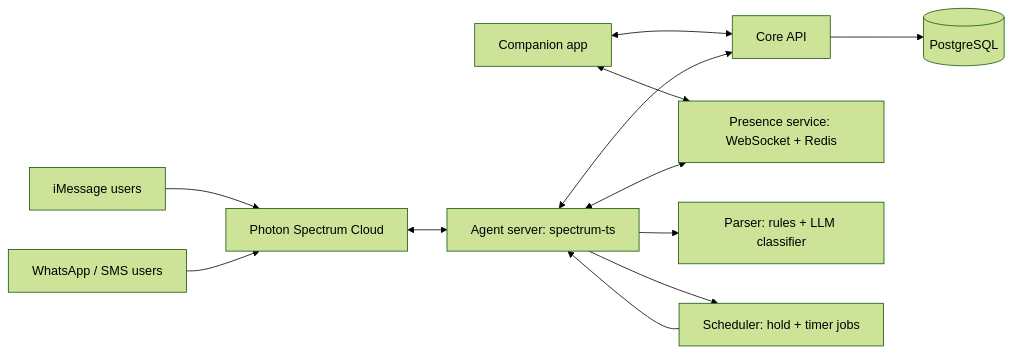
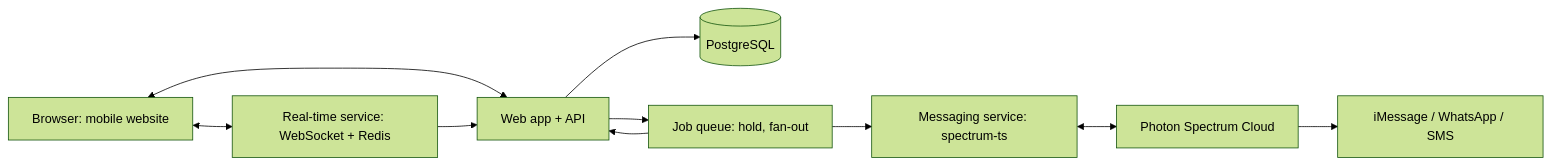
Before and after one commit to Sahmey2004/toothbrush-connect: the second of 2 diagrams in docs/PRD.md, drawn with Mermaid (forest theme). The commit also changed other lines of this file, not shown here.

Commit message:
Update PRD to v3.0: website-hosted product with iMessage delivery

````diff
--- a/docs/PRD.md
+++ b/docs/PRD.md
@@ -365,14 +329,12 @@
 ```mermaid
 flowchart LR
-    U1[iMessage users] --> P[Photon Spectrum Cloud]
-    U2[WhatsApp / SMS users] --> P
-    P <--> A[Agent server: spectrum-ts]
-    APP[Companion app] <--> API[Core API]
-    APP <--> WS[Presence service: WebSocket + Redis]
-    A --> PARSE[Parser: rules + LLM classifier]
-    A <--> API
-    A <--> WS
-    A --> SCH[Scheduler: hold + timer jobs]
-    API --> DB[(PostgreSQL)]
-    SCH --> A
+    B[Browser: mobile website] <--> WEB[Web app + API]
+    B <--> RT[Real-time service: WebSocket + Redis]
+    WEB --> DB[(PostgreSQL)]
+    WEB --> Q[Job queue: hold, fan-out]
+    Q --> WEB
+    Q --> MSG[Messaging service: spectrum-ts]
+    MSG <--> P[Photon Spectrum Cloud]
+    P --> IM[iMessage / WhatsApp / SMS]
+    RT --> WEB
 ```
````
